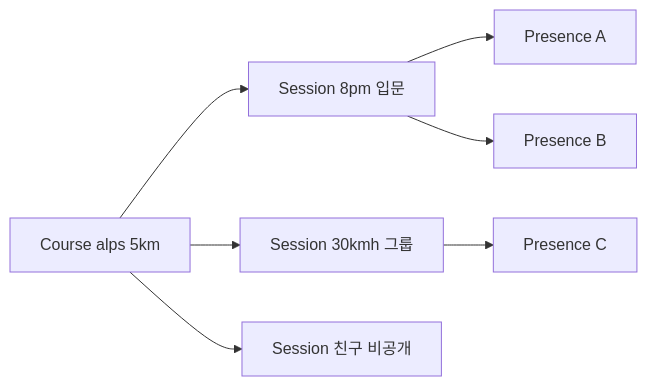
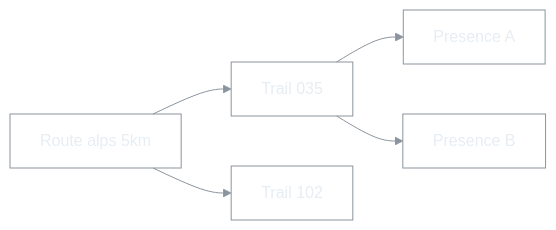
One commit to parkstery/boxcycle changed the diagram in document/260511-RTW-마스터-비전-및-종합계획.md. Above: the diagram before and after it, drawn with Mermaid. The commit also changed other lines of this file and 16 other files, not shown here.

````diff
--- a/document/260511-RTW-마스터-비전-및-종합계획.md
+++ b/document/260511-RTW-마스터-비전-및-종합계획.md
@@ -56,16 +57,13 @@
 ```mermaid
+%%{init: {"theme":"base","themeVariables":{"darkMode":"true","background":"transparent","primaryColor":"transparent","primaryTextColor":"#e6edf3","primaryBorderColor":"#8b949e","lineColor":"#8b949e","textColor":"#e6edf3","mainBkg":"transparent","nodeBorder":"#8b949e","clusterBkg":"transparent","clusterBorder":"#8b949e","edgeLabelBackground":"transparent"}}}%%
 flowchart LR
-  C1[Course alps 5km]
-  S1[Session 8pm 입문]
-  S2[Session 30kmh 그룹]
-  S3[Session 친구 비공개]
+  R1[Route alps 5km]
+  T1[Trail 035]
+  T2[Trail 102]
   P1[Presence A]
   P2[Presence B]
-  P3[Presence C]
-  C1 --> S1
-  C1 --> S2
-  C1 --> S3
-  S1 --> P1
-  S1 --> P2
-  S2 --> P3
+  R1 --> T1
+  R1 --> T2
+  T1 --> P1
+  T1 --> P2
 ```
````
